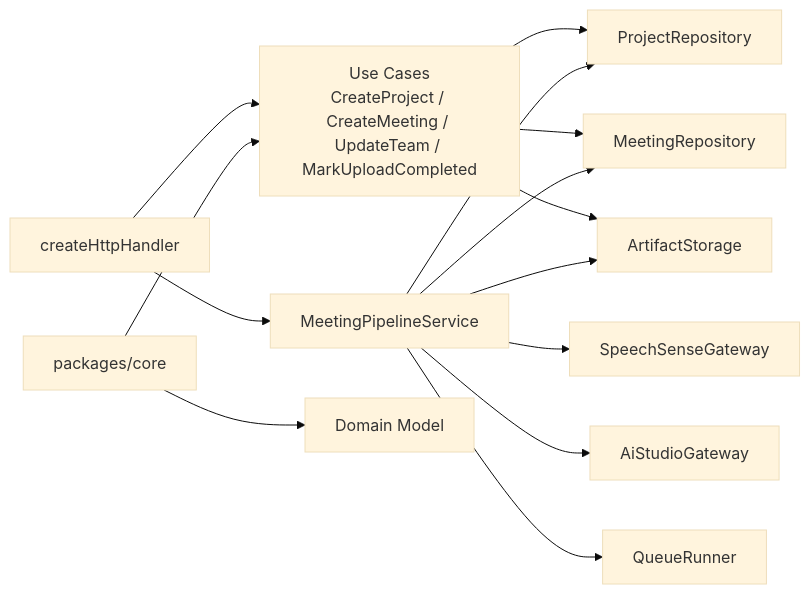
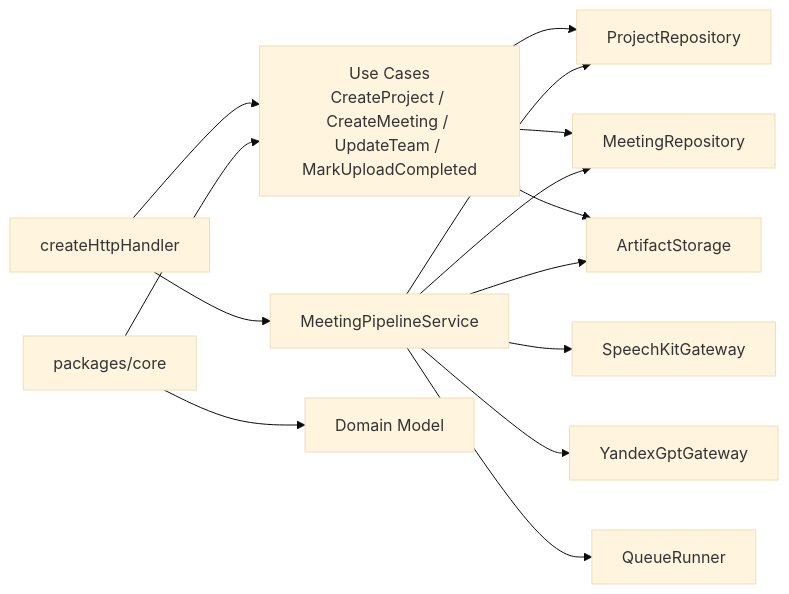
Before and after one commit to Gumbatali/YaSpeech-Public: the diagram in docs/project-handbook/03-solution-architecture/c4-component.md, drawn with Mermaid (base theme). The commit also changed 40 other files, not shown here.

````diff
--- a/docs/project-handbook/03-solution-architecture/c4-component.md
+++ b/docs/project-handbook/03-solution-architecture/c4-component.md
@@ -5,19 +5,19 @@
 ```mermaid
 flowchart LR
   Http["createHttpHandler"] --> UseCases["Use Cases<br/>CreateProject / CreateMeeting / UpdateTeam / MarkUploadCompleted"]
   Http --> Pipeline["MeetingPipelineService"]
 
   UseCases --> ProjectRepo["ProjectRepository"]
   UseCases --> MeetingRepo["MeetingRepository"]
   UseCases --> Storage["ArtifactStorage"]
 
   Pipeline --> MeetingRepo
   Pipeline --> ProjectRepo
   Pipeline --> Storage
-  Pipeline --> SpeechGateway["SpeechSenseGateway"]
-  Pipeline --> AiGateway["AiStudioGateway"]
+  Pipeline --> SpeechGateway["SpeechKitGateway"]
+  Pipeline --> AiGateway["YandexGptGateway"]
   Pipeline --> Queue["QueueRunner"]
 
   Core["packages/core"] --> UseCases
   Core --> Domain["Domain Model"]
 ```
````
